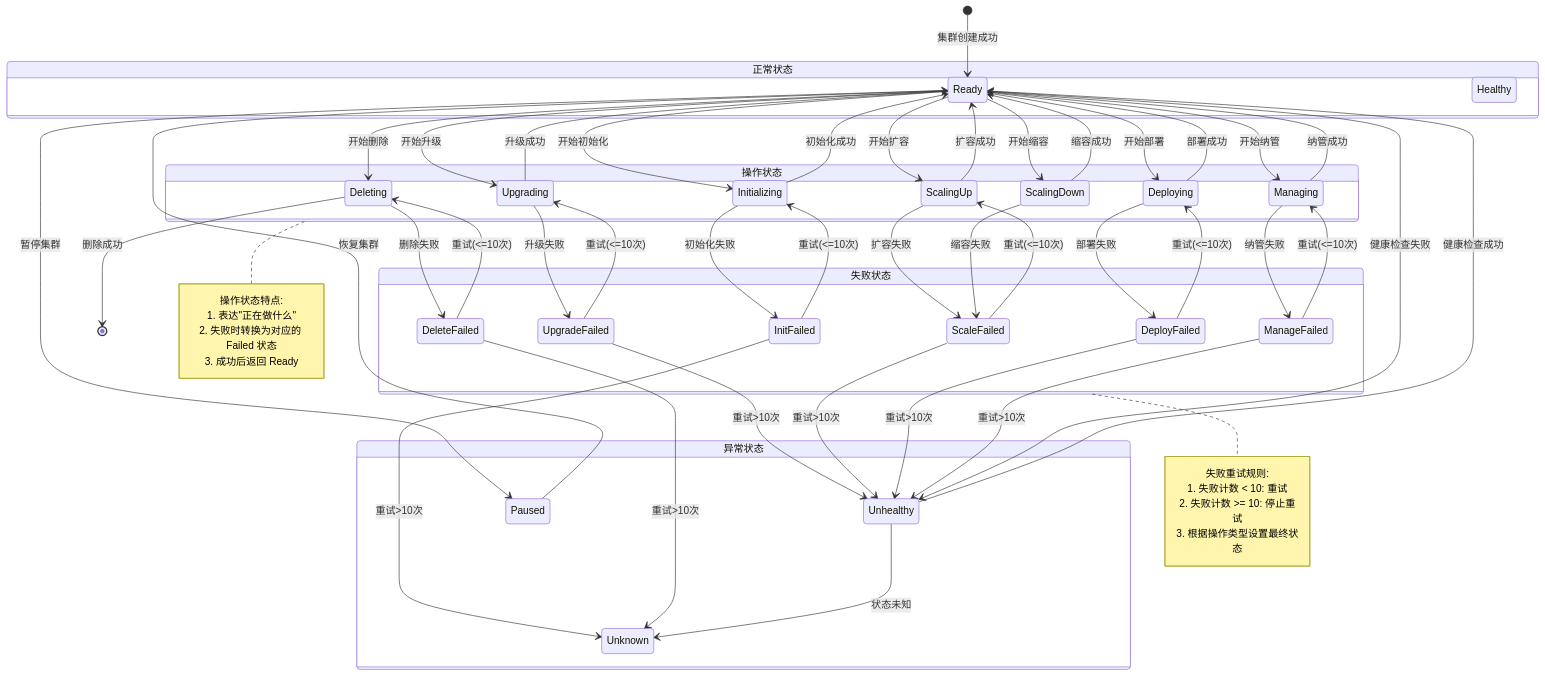
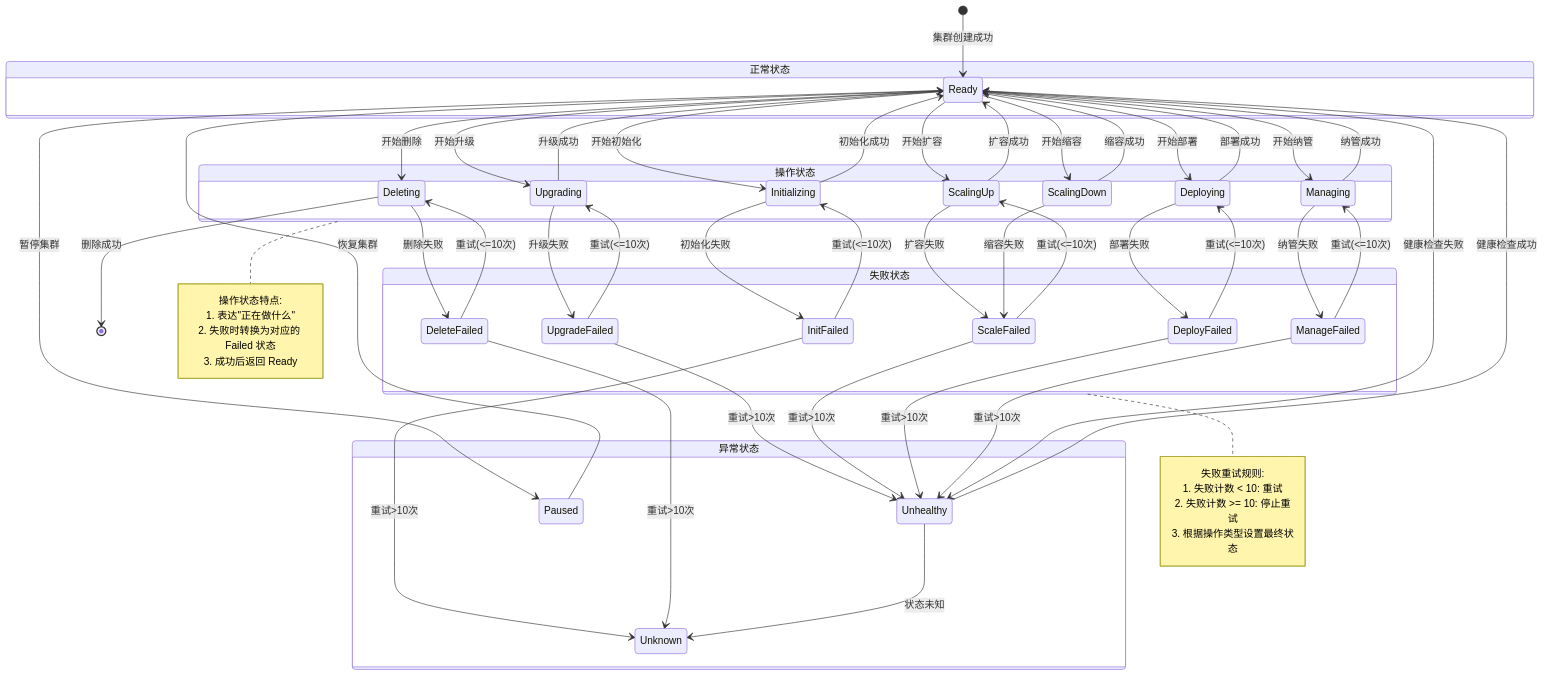
One commit to javadoors/cluster-api-provider-bke changed the diagram in code/exception/状态机重构.md. Above: the diagram before and after it, drawn with Mermaid. The commit also changed other lines of this file, not shown here.

```diff
--- a/code/exception/状态机重构.md
+++ b/code/exception/状态机重构.md
@@ -301,7 +328,6 @@
     
     state "正常状态" as NormalState {
         Ready
-        Healthy
     }
     
     state "操作状态" as OperationState {
```
